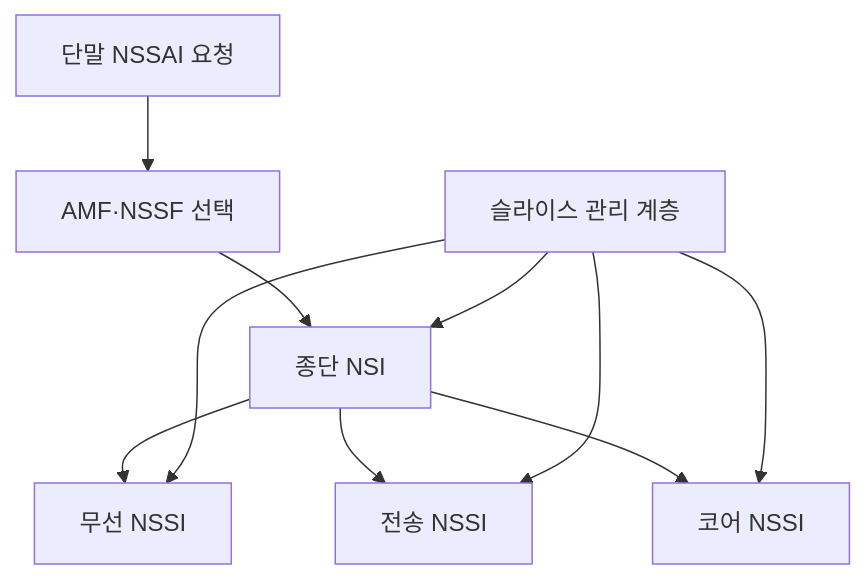
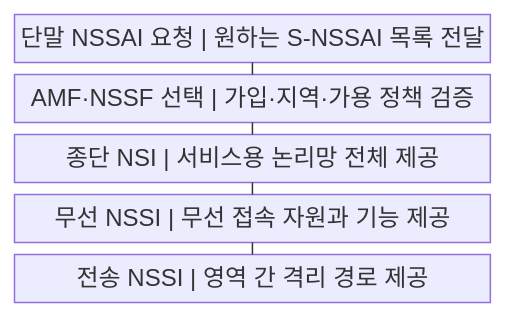
The first of 2 diagrams in src/content/docs/notes/04-network/040_nssai_nsi_nssi.md (agnusdei1207/knowledge-base), drawn with Mermaid before and after one commit. The commit also changed other lines of this file and 20 other files, not shown here.

````diff
--- a/src/content/docs/notes/04-network/040_nssai_nsi_nssi.md
+++ b/src/content/docs/notes/04-network/040_nssai_nsi_nssi.md
@@ -50,12 +50,13 @@
 ```mermaid
-flowchart TB
-  U["단말 NSSAI 요청"] --> S["AMF·NSSF 선택"]
-  S --> I["종단 NSI"]
-  I --> R["무선 NSSI"]
-  I --> T["전송 NSSI"]
-  I --> C["코어 NSSI"]
-  M["슬라이스 관리 계층"] --> I
-  M --> R
-  M --> T
-  M --> C
+block
+    columns 1
+    A["단말 NSSAI 요청 | 원하는 S-NSSAI 목록 전달"]
+    B["AMF·NSSF 선택 | 가입·지역·가용 정책 검증"]
+    C["종단 NSI | 서비스용 논리망 전체 제공"]
+    D["무선 NSSI | 무선 접속 자원과 기능 제공"]
+    E["전송 NSSI | 영역 간 격리 경로 제공"]
+    A --- B
+    B --- C
+    C --- D
+    D --- E
 ```
````
